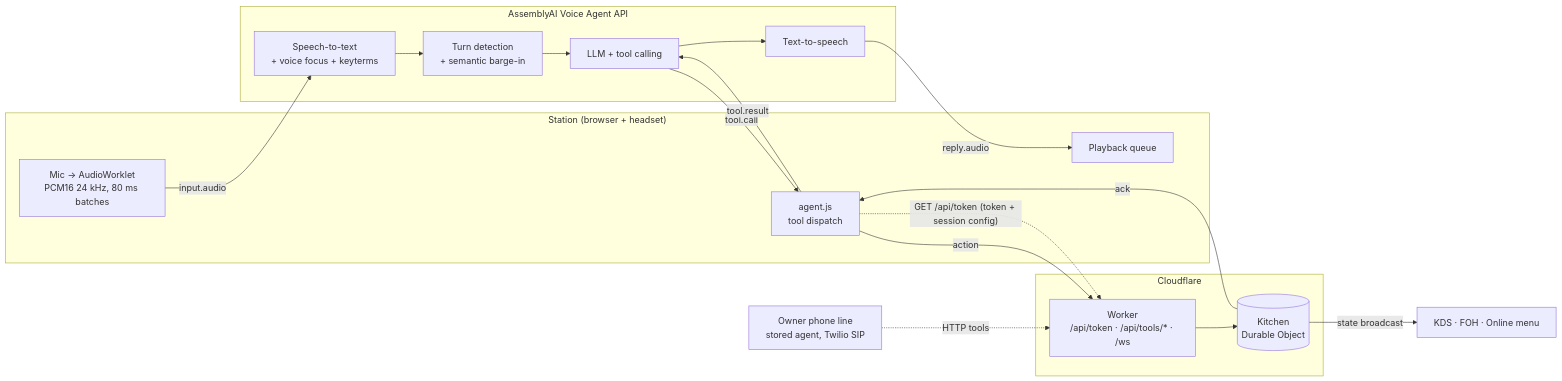
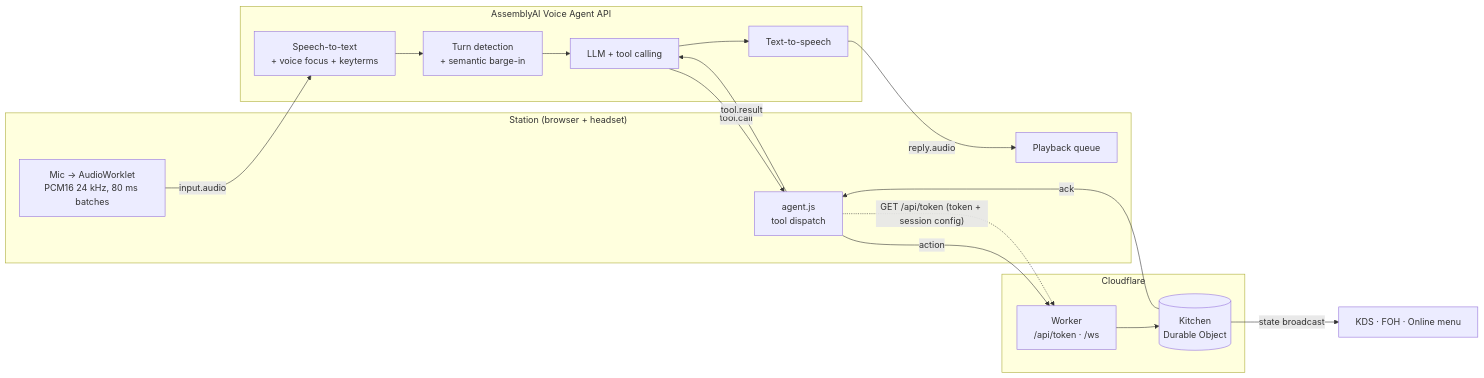
One commit to Abrar5510/86-it changed the first of 2 diagrams in docs/ARCHITECTURE.md. Above: the diagram before and after it, drawn with Mermaid. The commit also changed other lines of this file and 89 other files, not shown here.

First line of the commit message:
Finalize hackathon submission: drop owner phone line, harden reducer, add deck

````diff
--- a/docs/ARCHITECTURE.md
+++ b/docs/ARCHITECTURE.md
@@ -4,26 +4,25 @@
 ```mermaid
 flowchart LR
   subgraph Browser["Station (browser + headset)"]
     MIC[Mic → AudioWorklet<br/>PCM16 24 kHz, 80 ms batches]
     PLAY[Playback queue]
     AG[agent.js<br/>tool dispatch]
   end
   subgraph AAI["AssemblyAI Voice Agent API"]
     STT[Speech-to-text<br/>+ voice focus + keyterms]
     TD[Turn detection<br/>+ semantic barge-in]
     LLM[LLM + tool calling]
     TTS[Text-to-speech]
   end
   subgraph CF["Cloudflare"]
-    W[Worker<br/>/api/token · /api/tools/* · /ws]
+    W[Worker<br/>/api/token · /ws]
     DO[(Kitchen<br/>Durable Object)]
   end
   SCREENS[KDS · FOH · Online menu]
 
   MIC -- input.audio --> STT --> TD --> LLM --> TTS -- reply.audio --> PLAY
   LLM -- tool.call --> AG -- action --> W --> DO
   DO -- ack --> AG -- tool.result --> LLM
   DO -- state broadcast --> SCREENS
   AG -. GET /api/token (token + session config) .-> W
-  PHONE[Owner phone line<br/>stored agent, Twilio SIP] -. HTTP tools .-> W
 ```
````
